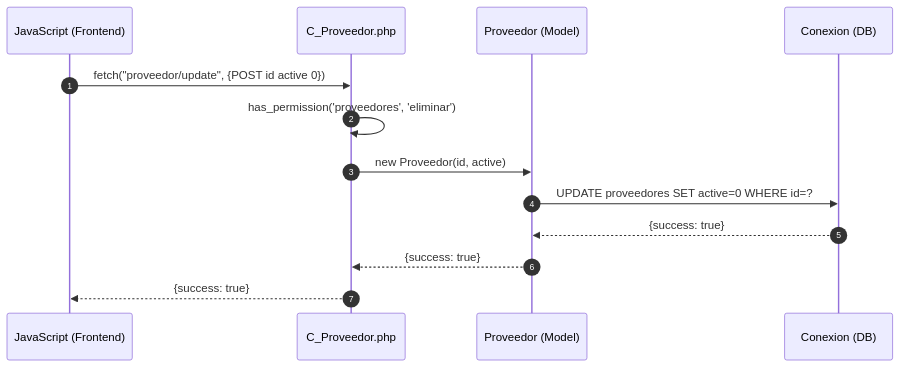
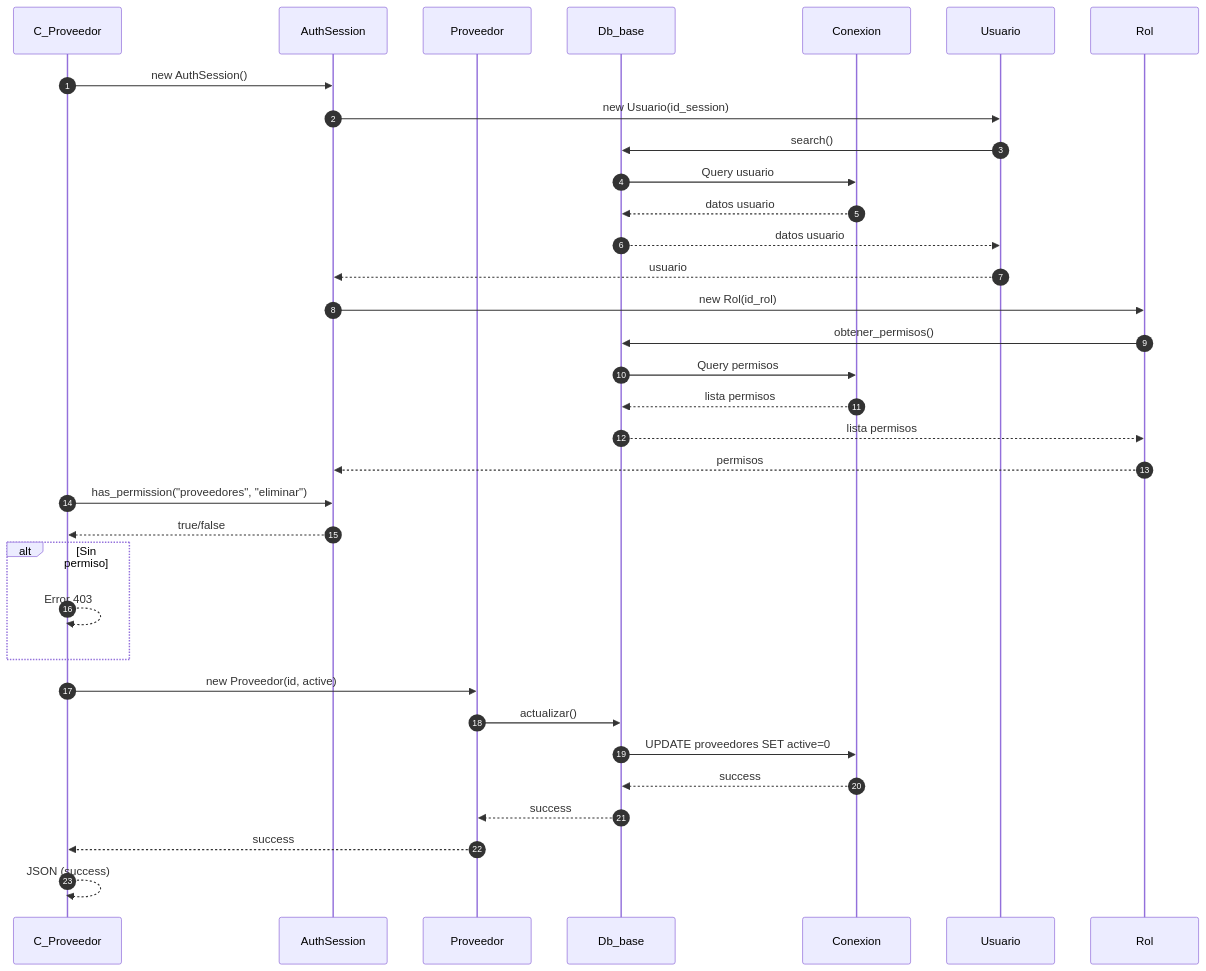
The fourth of 4 diagrams in docs/secuencia/proveedores/proveedores.md (Tecrato/BurgerHouse), drawn with Mermaid before and after one commit. The commit also changed other lines of this file and 13 other files, not shown here.

First line of the commit message:
diagramas actualizaos

````diff
--- a/docs/secuencia/proveedores/proveedores.md
+++ b/docs/secuencia/proveedores/proveedores.md
@@ -81,19 +137,40 @@
 ```mermaid
 sequenceDiagram
     autonumber
-    participant JS as JavaScript (Frontend)
-    participant C_Proveedor as C_Proveedor.php
-    participant Proveedor as Proveedor (Model)
-    participant DB as Conexion (DB)
+    participant C_Proveedor as C_Proveedor
+    participant AuthSession as AuthSession
+    participant Proveedor as Proveedor
+    participant Db_base as Db_base
+    participant Conexion as Conexion
     
-    JS->>C_Proveedor: fetch("proveedor/update", {POST id active 0})
+    C_Proveedor->>AuthSession: new AuthSession()
+    AuthSession->>Usuario: new Usuario(id_session)
+    Usuario->>Db_base: search()
+    Db_base->>Conexion: Query usuario
+    Conexion-->>Db_base: datos usuario
+    Db_base-->>Usuario: datos usuario
+    Usuario-->>AuthSession: usuario
     
-    C_Proveedor->>C_Proveedor: has_permission('proveedores', 'eliminar')
+    AuthSession->>Rol: new Rol(id_rol)
+    Rol->>Db_base: obtener_permisos()
+    Db_base->>Conexion: Query permisos
+    Conexion-->>Db_base: lista permisos
+    Db_base-->>Rol: lista permisos
+    Rol-->>AuthSession: permisos
+    
+    C_Proveedor->>AuthSession: has_permission("proveedores", "eliminar")
+    AuthSession-->>C_Proveedor: true/false
+    
+    alt Sin permiso
+        C_Proveedor-->>C_Proveedor: Error 403
+    end
     
     C_Proveedor->>Proveedor: new Proveedor(id, active)
-    Proveedor->>DB: UPDATE proveedores SET active=0 WHERE id=?
-    DB-->>Proveedor: {success: true}
-    Proveedor-->>C_Proveedor: {success: true}
+    Proveedor->>Db_base: actualizar()
+    Db_base->>Conexion: UPDATE proveedores SET active=0
+    Conexion-->>Db_base: success
+    Db_base-->>Proveedor: success
+    Proveedor-->>C_Proveedor: success
     
-    C_Proveedor-->>JS: {success: true}
+    C_Proveedor-->>C_Proveedor: JSON (success)
 ```
````
